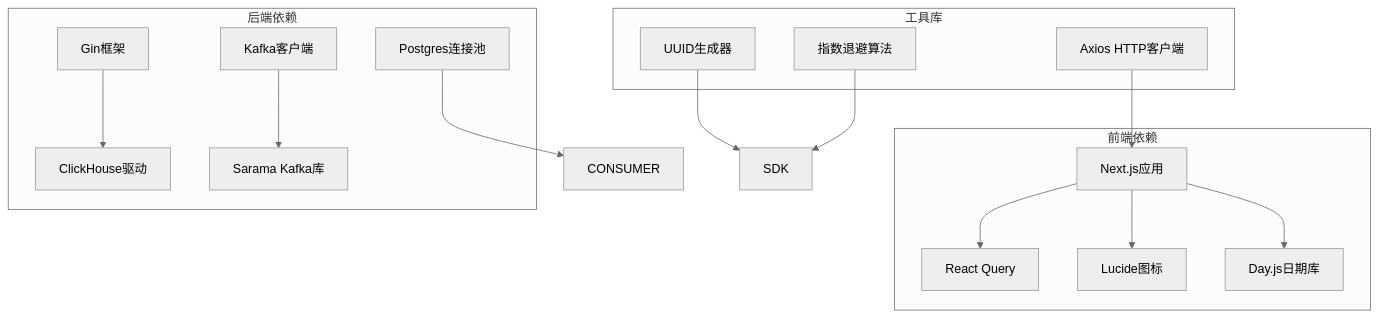
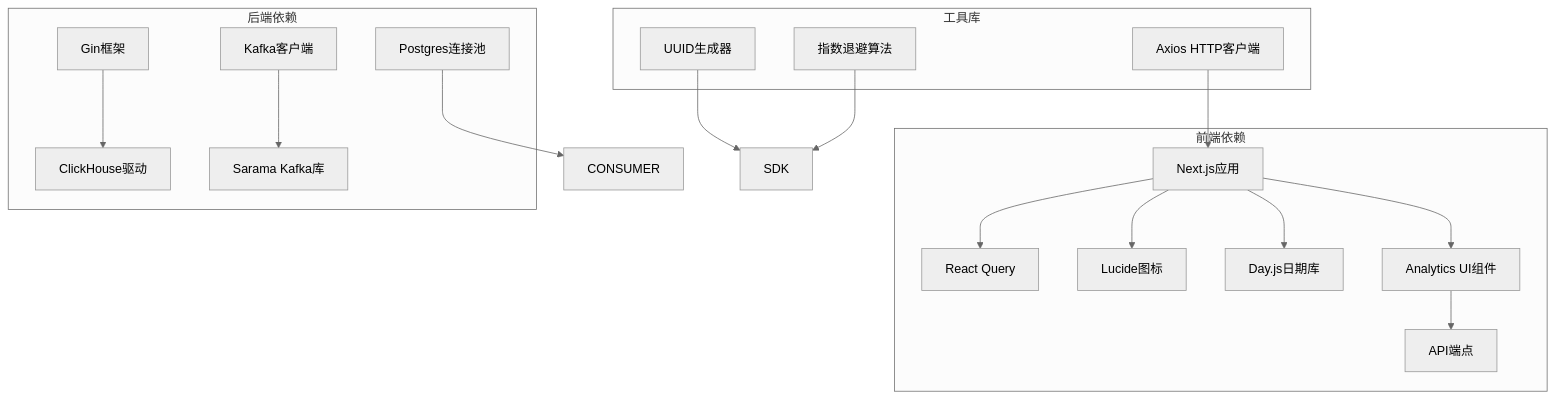
One commit to zhen-zhong/AeroLog changed the ninth of 11 diagrams in .qoder/repowiki/zh/content/Web控制台/实时分析功能.md. Above: the diagram before and after it, drawn with Mermaid (neutral theme). The commit also changed other lines of this file and 84 other files, not shown here.

````diff
--- a/.qoder/repowiki/zh/content/Web控制台/实时分析功能.md
+++ b/.qoder/repowiki/zh/content/Web控制台/实时分析功能.md
@@ -328,30 +399,34 @@
 ```mermaid
 graph TB
 subgraph "前端依赖"
-WEB_DEPS[Next.js应用]
+NEXT_JS[Next.js应用]
 REACT_QUERY[React Query]
 LUCIDE[Lucide图标]
 DAYJS[Day.js日期库]
+ANALYTICS_UI[Analytics UI组件]
+ENDPOINT[API端点]
 end
 subgraph "后端依赖"
 GIN[Gin框架]
 CLICKHOUSE[ClickHouse驱动]
 KAFKA[Kafka客户端]
 PGX[Postgres连接池]
 SARAMA[Sarama Kafka库]
 end
 subgraph "工具库"
 AXIOS[Axios HTTP客户端]
 UUID[UUID生成器]
 BACKOFF[指数退避算法]
 end
-WEB_DEPS --> REACT_QUERY
-WEB_DEPS --> LUCIDE
-WEB_DEPS --> DAYJS
+NEXT_JS --> REACT_QUERY
+NEXT_JS --> LUCIDE
+NEXT_JS --> DAYJS
+NEXT_JS --> ANALYTICS_UI
+ANALYTICS_UI --> ENDPOINT
 GIN --> CLICKHOUSE
 KAFKA --> SARAMA
 PGX --> CONSUMER
-AXIOS --> WEB_DEPS
+AXIOS --> NEXT_JS
 UUID --> SDK
 BACKOFF --> SDK
 ```
````
